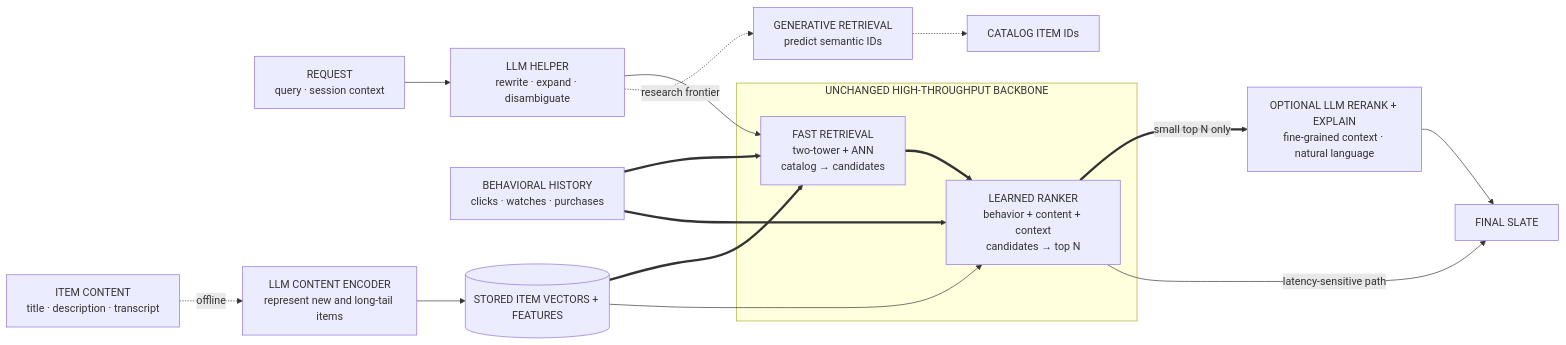
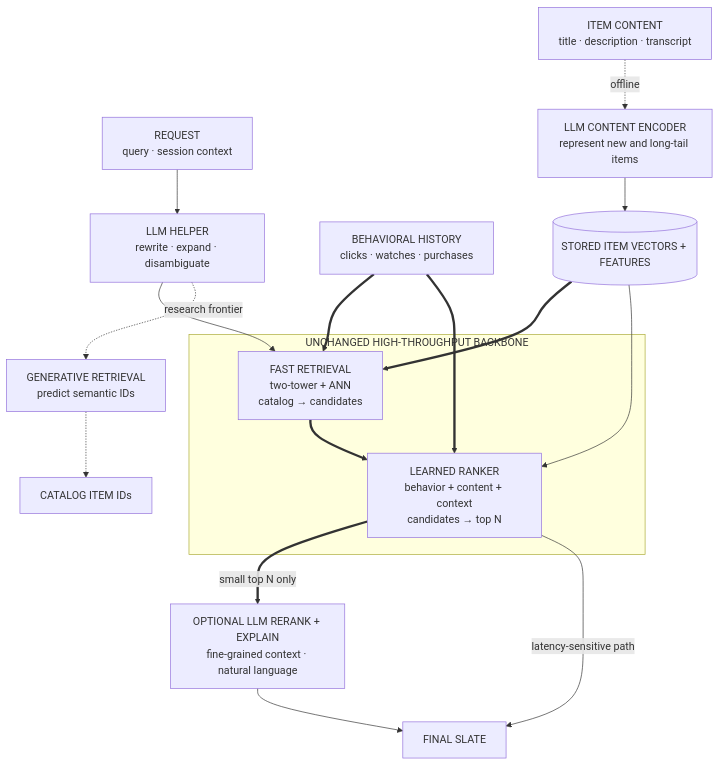
Before and after one commit to mlmentorship/mlmentorship.github.io: the diagram in src/content/posts/2025-12-12-recsys-llm-era.md, drawn with Mermaid. The commit also changed 4 other files, not shown here.

````diff
--- a/src/content/posts/2025-12-12-recsys-llm-era.md
+++ b/src/content/posts/2025-12-12-recsys-llm-era.md
@@ -31,34 +31,34 @@
 ```mermaid
-flowchart LR
+flowchart TB
   accTitle: LLMs augment bounded stages around a recommender backbone
   accDescr: A production request can pass through an LLM intent helper before fast retrieval. Item text can separately pass through an offline LLM content encoder into stored item vectors and features. Fast two-tower and approximate-nearest-neighbor retrieval narrows the catalog, then a learned ranker combines behavioral and content evidence. Only the small top-N result may go through an optional LLM reranker and explanation step before the final slate; the learned ranker can also serve the slate directly when latency requires it. A separate dashed research branch maps intent to semantic item identifiers through generative retrieval and is not part of the default production path.
 
   Request["REQUEST<br/>query · session context"] --> Intent["LLM HELPER<br/>rewrite · expand · disambiguate"]
   Behavior["BEHAVIORAL HISTORY<br/>clicks · watches · purchases"] ==> Retrieve
   Content["ITEM CONTENT<br/>title · description · transcript"] -.->|"offline"| Encode["LLM CONTENT ENCODER<br/>represent new and long-tail items"]
   Encode --> Catalog[("STORED ITEM VECTORS + FEATURES")]
 
   subgraph Core["UNCHANGED HIGH-THROUGHPUT BACKBONE"]
     Retrieve["FAST RETRIEVAL<br/>two-tower + ANN<br/>catalog → candidates"]
     Rank["LEARNED RANKER<br/>behavior + content + context<br/>candidates → top N"]
     Retrieve ==> Rank
   end
 
   Intent --> Retrieve
   Catalog ==> Retrieve
   Catalog --> Rank
   Behavior ==> Rank
   Rank ==>|"small top N only"| Rerank["OPTIONAL LLM RERANK + EXPLAIN<br/>fine-grained context · natural language"]
   Rerank --> Slate["FINAL SLATE"]
   Rank -->|"latency-sensitive path"| Slate
 
   Intent -.->|"research frontier"| Generate["GENERATIVE RETRIEVAL<br/>predict semantic IDs"]
   Generate -.-> IDs["CATALOG ITEM IDs"]
 
   class Request,Behavior,Content viz-input
   class Intent,Encode,Rerank viz-focus
   class Catalog viz-state
   class Slate viz-output
   class Generate,IDs viz-state
   class Retrieve viz-wide
 ```
````
